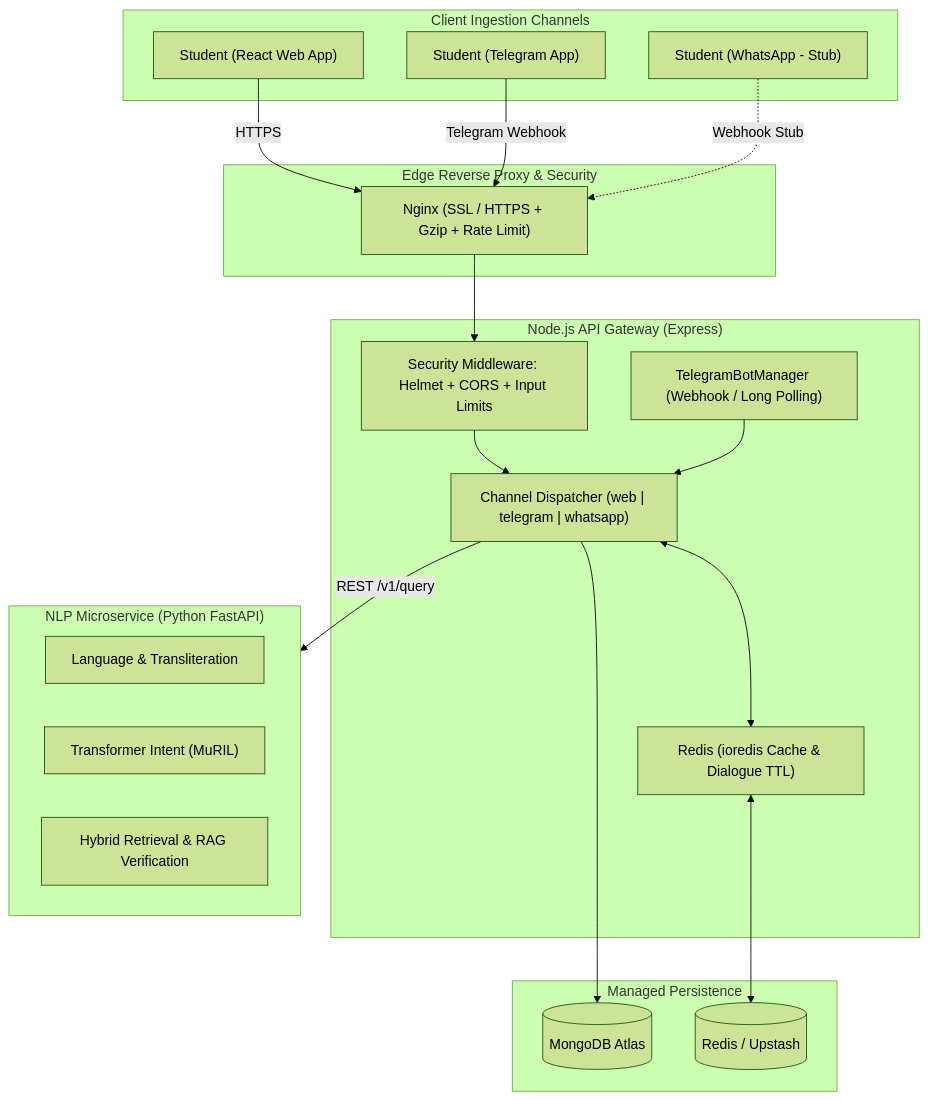
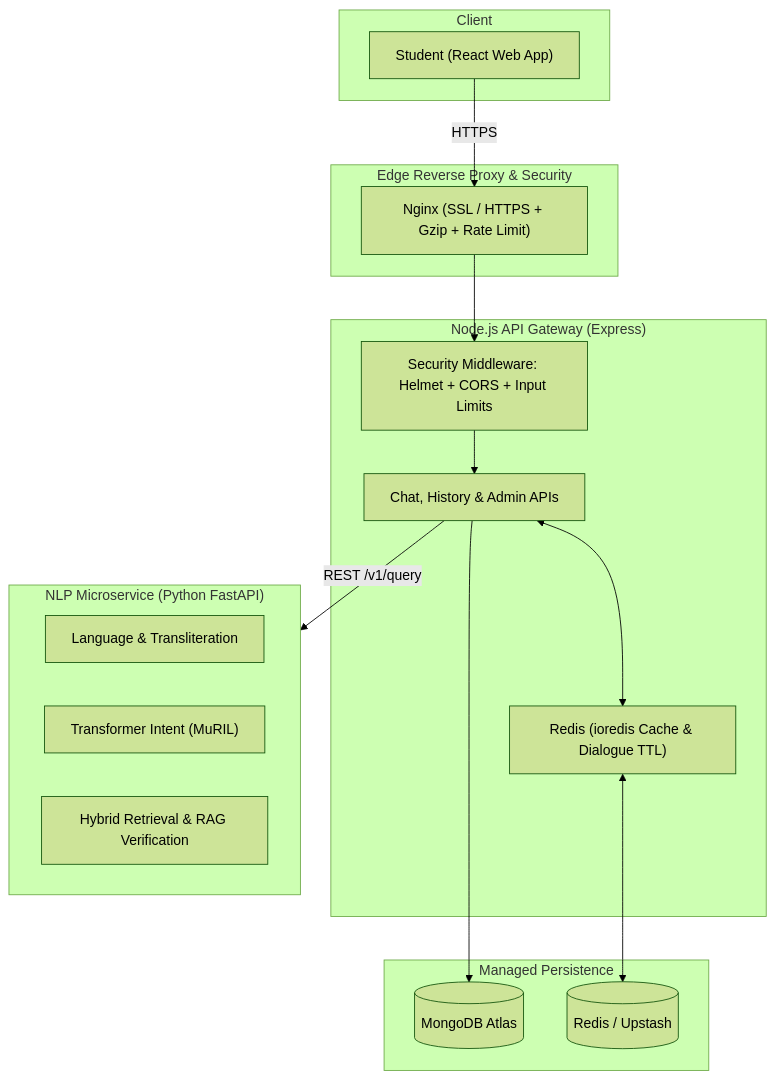
One commit to miral14022006/CampusMate changed the diagram in docs/features/13-deployment.md. Above: the diagram before and after it, drawn with Mermaid (forest theme). The commit also changed other lines of this file and 101 other files, not shown here.

````diff
--- a/docs/features/13-deployment.md
+++ b/docs/features/13-deployment.md
@@ -5,42 +5,36 @@
 ```mermaid
 flowchart TD
-    subgraph Clients ["Client Ingestion Channels"]
+    subgraph Clients ["Client"]
         WebUser["Student (React Web App)"]
-        TelegramUser["Student (Telegram App)"]
-        WhatsAppUser["Student (WhatsApp - Stub)"]
     end
 
     subgraph EdgeProxy ["Edge Reverse Proxy & Security"]
         Nginx["Nginx (SSL / HTTPS + Gzip + Rate Limit)"]
     end
 
     subgraph NodeGateway ["Node.js API Gateway (Express)"]
         Security["Security Middleware: Helmet + CORS + Input Limits"]
-        ChannelRouter["Channel Dispatcher (web | telegram | whatsapp)"]
-        TgBot["TelegramBotManager (Webhook / Long Polling)"]
+        ChatAPI["Chat, History & Admin APIs"]
         RedisCache["Redis (ioredis Cache & Dialogue TTL)"]
     end
 
     subgraph NLPService ["NLP Microservice (Python FastAPI)"]
         LangID["Language & Transliteration"]
         Intent["Transformer Intent (MuRIL)"]
         RAG["Hybrid Retrieval & RAG Verification"]
     end
 
     subgraph DataStore ["Managed Persistence"]
         Atlas[("MongoDB Atlas")]
         RedisDB[("Redis / Upstash")]
     end
 
     WebUser -->|HTTPS| Nginx
-    TelegramUser -->|Telegram Webhook| Nginx
-    WhatsAppUser -.->|Webhook Stub| Nginx
 
     Nginx --> Security
-    Security --> ChannelRouter
-    TgBot --> ChannelRouter
-    ChannelRouter <--> RedisCache
-    ChannelRouter -->|REST /v1/query| NLPService
-    ChannelRouter --> Atlas
+    Security --> ChatAPI
+    ChatAPI <--> RedisCache
+    ChatAPI -->|REST /v1/query| NLPService
+    ChatAPI --> Atlas
     RedisCache <--> RedisDB
 ```
````
